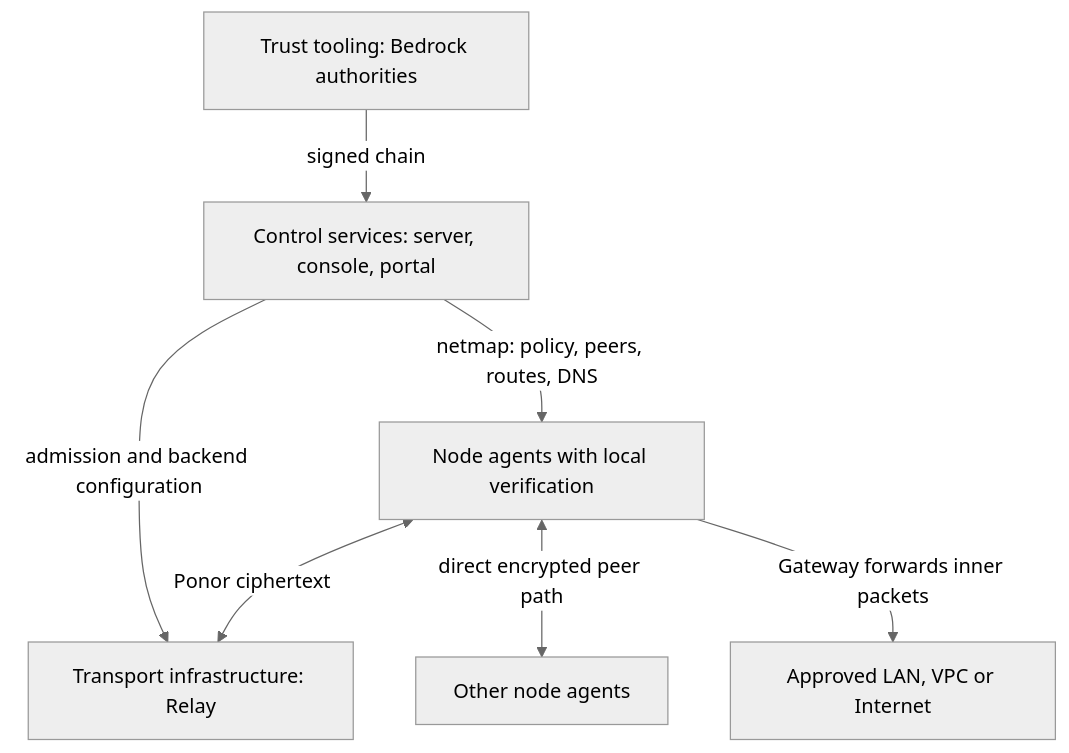
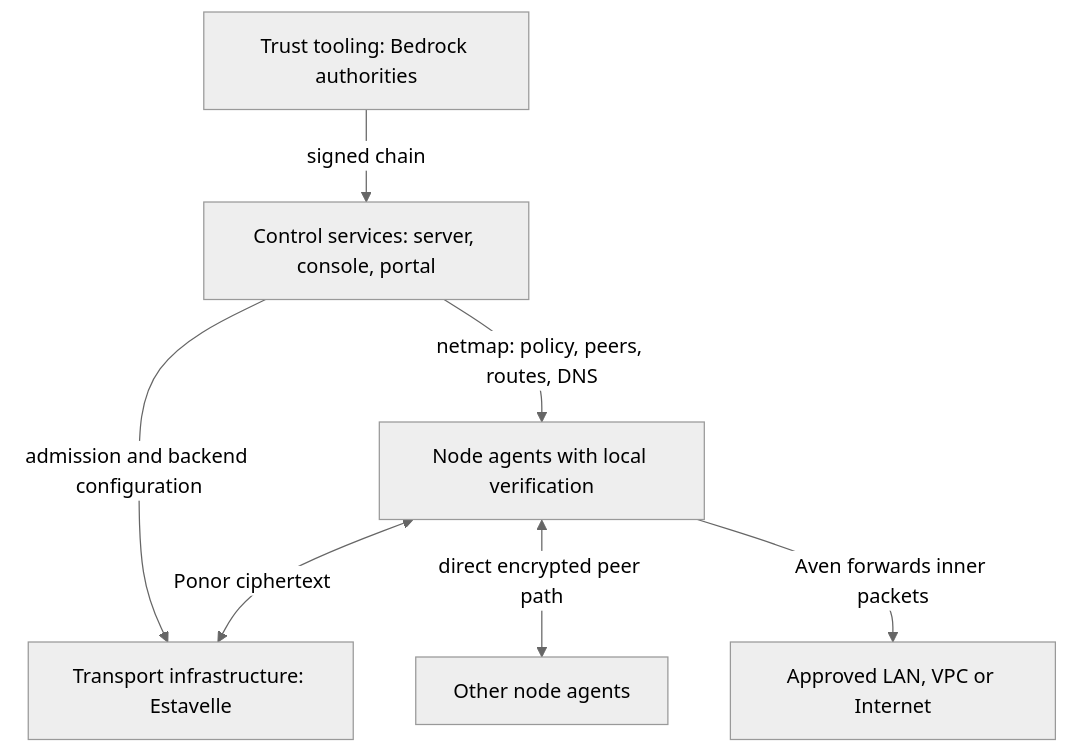
Before and after one commit to karst-net/karst: the diagram in docs/USE-CASE-ANALYSIS.md, drawn with Mermaid (neutral theme). The commit also changed other lines of this file and 474 other files, not shown here.

First line of the commit message:
Rename AVEN/Relay/Gateway to Resurgence/Estavelle/Aven (ADR-0069) (#557)

````diff
--- a/docs/USE-CASE-ANALYSIS.md
+++ b/docs/USE-CASE-ANALYSIS.md
@@ -37,9 +37,9 @@
 ```mermaid
 flowchart TD
     Trust["Trust tooling: Bedrock authorities"] -->|signed chain| Control["Control services: server, console, portal"]
     Control -->|netmap: policy, peers, routes, DNS| Clients["Node agents with local verification"]
-    Control -->|admission and backend configuration| Relay["Transport infrastructure: Relay"]
-    Clients <-->|Ponor ciphertext| Relay
+    Control -->|admission and backend configuration| Estavelle["Transport infrastructure: Estavelle"]
+    Clients <-->|Ponor ciphertext| Estavelle
     Clients <-->|direct encrypted peer path| Peers["Other node agents"]
-    Clients -->|Gateway forwards inner packets| Network["Approved LAN, VPC or Internet"]
+    Clients -->|Aven forwards inner packets| Network["Approved LAN, VPC or Internet"]
 ```
````
